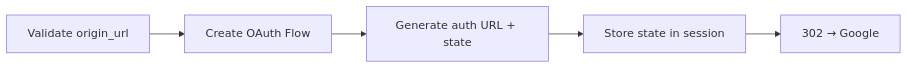
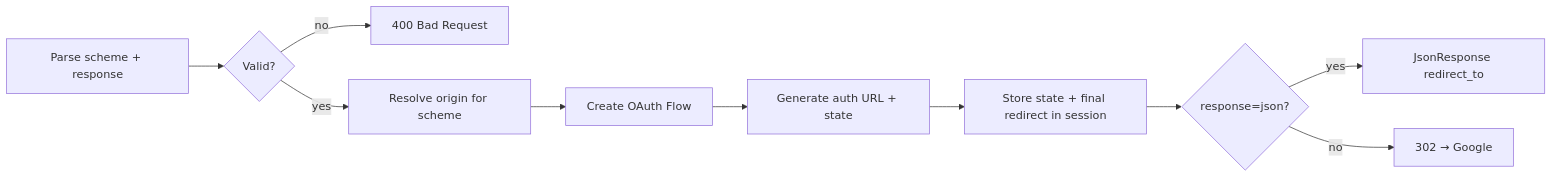
Before and after one commit to masterPiece93/django-gauth: the first of 2 diagrams in docs/api/views.md, drawn with Mermaid. The commit also changed other lines of this file and 5 other files, not shown here.

````diff
--- a/docs/api/views.md
+++ b/docs/api/views.md
@@ -64,7 +80,12 @@
 ```mermaid
 flowchart LR
-    A[Validate origin_url] --> B[Create OAuth Flow]
-    B --> C[Generate auth URL + state]
-    C --> D[Store state in session]
-    D --> E[302 → Google]
+    A[Parse scheme + response] --> B{Valid?}
+    B -->|no| X[400 Bad Request]
+    B -->|yes| C[Resolve origin for scheme]
+    C --> D[Create OAuth Flow]
+    D --> E[Generate auth URL + state]
+    E --> F[Store state + final redirect in session]
+    F --> G{response=json?}
+    G -->|yes| H[JsonResponse redirect_to]
+    G -->|no| I[302 → Google]
 ```
````
